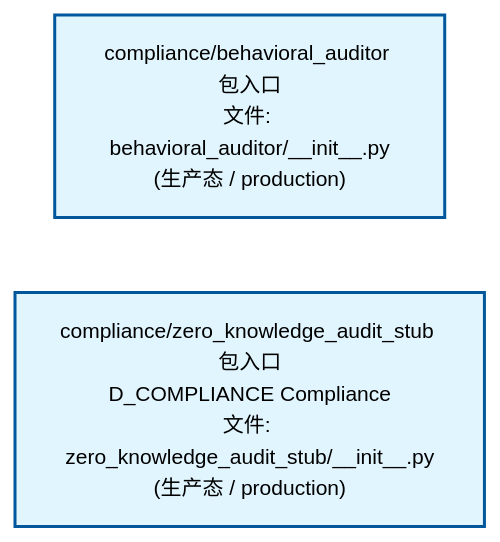
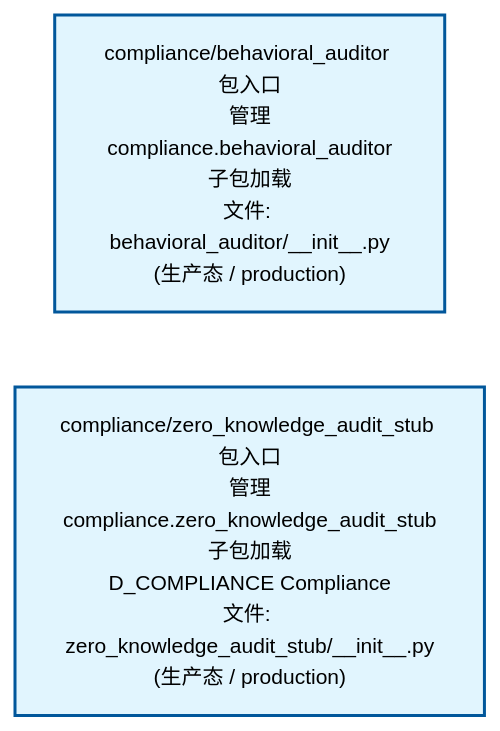
Before and after one commit to xuanFelixVan/ZephyrAlpha: the second of 4 diagrams in docs/02_enterprise_architecture/02_domain_architecture_docs/38_d_compliance.md, drawn with Mermaid. The commit also changed other lines of this file and 61 other files, not shown here.

````diff
--- a/docs/02_enterprise_architecture/02_domain_architecture_docs/38_d_compliance.md
+++ b/docs/02_enterprise_architecture/02_domain_architecture_docs/38_d_compliance.md
@@ -92,12 +92,12 @@
 ```mermaid
 %%{init: {'theme': 'base', 'themeVariables': {'primaryColor': '#eaeaea', 'primaryTextColor': '#333333', 'primaryBorderColor': '#666666', 'lineColor': '#666666', 'secondaryColor': '#eaeaea', 'tertiaryColor': '#eaeaea', 'fontSize': '14px'}}}%%
 flowchart TD
-    src_zephyr_compliance_behavioral_auditor_init_py["compliance/behavioral_auditor 包入口<br/>文件: behavioral_auditor/__init__.py<br/>(生产态 / production)"]
-    src_zephyr_compliance_zero_knowledge_audit_stub_init_py["compliance/zero_knowledge_audit_stub 包入口<br/>D_COMPLIANCE Compliance<br/>文件: zero_knowledge_audit_stub/__init__.py<br/>(生产态 / production)"]
+    src_zephyr_compliance_behavioral_auditor_init_py["compliance/behavioral_auditor 包入口<br/>管理compliance.behavioral_auditor子包加载<br/>文件: behavioral_auditor/__init__.py<br/>(生产态 / production)"]
+    src_zephyr_compliance_zero_knowledge_audit_stub_init_py["compliance/zero_knowledge_audit_stub 包入口<br/>管理compliance.zero_knowledge_audit_stub子包加载<br/>D_COMPLIANCE Compliance<br/>文件: zero_knowledge_audit_stub/__init__.py<br/>(生产态 / production)"]
     src_zephyr_compliance_behavioral_auditor_init_py ~~~ src_zephyr_compliance_zero_knowledge_audit_stub_init_py
     classDef production fill:#e1f5fe,stroke:#01579b,stroke-width:2px,color:#000
     classDef design fill:#fff3e0,stroke:#e65100,stroke-width:2px,color:#000,stroke-dasharray: 5 5
     classDef external_prod fill:#e8f4fd,stroke:#0277bd,stroke-width:1px,color:#000
     classDef external_design fill:#fff8e7,stroke:#ef6c00,stroke-width:1px,color:#000,stroke-dasharray: 5 5
     class src_zephyr_compliance_behavioral_auditor_init_py,src_zephyr_compliance_zero_knowledge_audit_stub_init_py production
 ```
````
